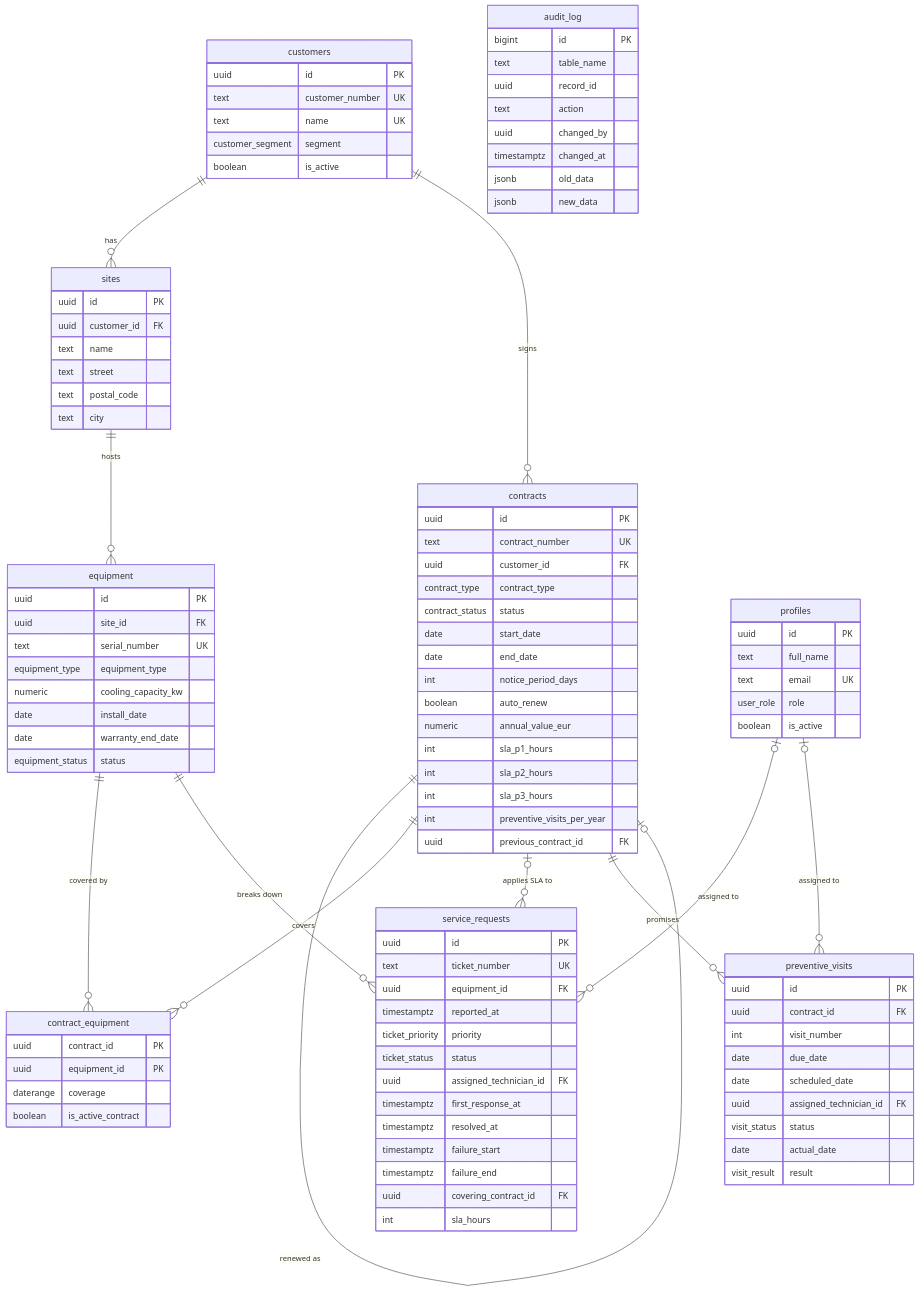
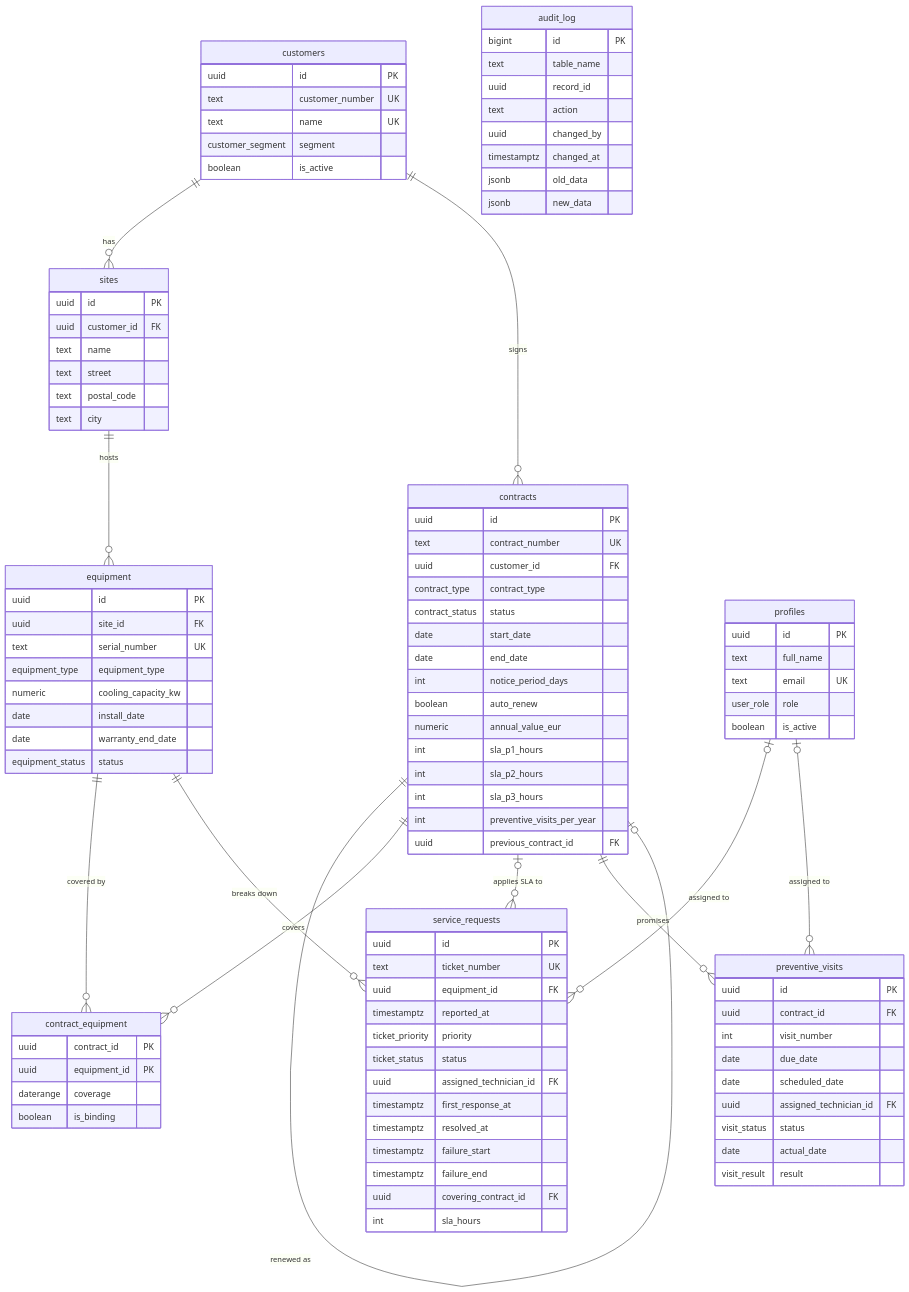
One commit to andresgantier/coverwatch changed the diagram in docs/DATA_MODEL.md. Above: the diagram before and after it, drawn with Mermaid. The commit also changed other lines of this file and 7 other files, not shown here.

```diff
--- a/docs/DATA_MODEL.md
+++ b/docs/DATA_MODEL.md
@@ -64,7 +64,7 @@
         uuid contract_id PK
         uuid equipment_id PK
         daterange coverage
-        boolean is_active_contract
+        boolean is_binding
     }
     service_requests {
         uuid id PK
```
